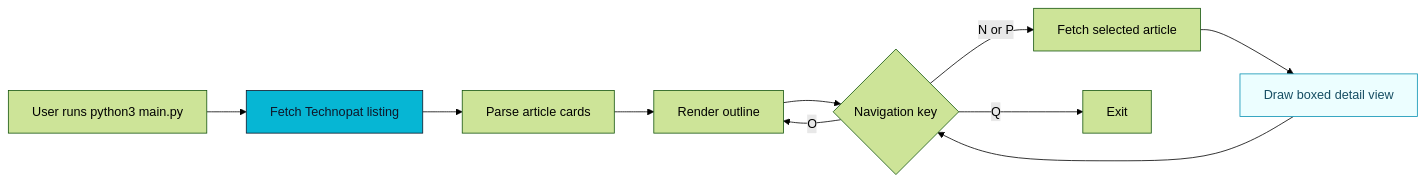
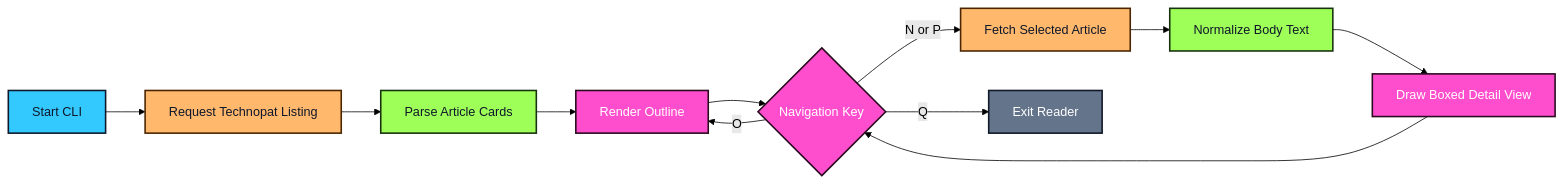
One commit to mertefekurt/TechnopatGrabber changed the diagram in README.md. Above: the diagram before and after it, drawn with Mermaid (forest theme). The commit also changed other lines of this file and 2 other files, not shown here.

````diff
--- a/README.md
+++ b/README.md
@@ -48,14 +44,23 @@
 ```mermaid
 flowchart LR
-    A[User runs python3 main.py] --> B[Fetch Technopat listing]
-    B --> C[Parse article cards]
-    C --> D[Render outline]
-    D --> E{Navigation key}
-    E -->|N or P| F[Fetch selected article]
+    A[Start CLI] --> B[Request Technopat Listing]
+    B --> C[Parse Article Cards]
+    C --> D[Render Outline]
+    D --> E{Navigation Key}
+    E -->|N or P| F[Fetch Selected Article]
     E -->|O| D
-    E -->|Q| G[Exit]
-    F --> H[Draw boxed detail view]
-    H --> E
-    style B fill:#06b6d4,stroke:#0f172a,color:#0f172a
-    style H fill:#ecfeff,stroke:#0891b2,color:#164e63
+    E -->|Q| G[Exit Reader]
+    F --> H[Normalize Body Text]
+    H --> I[Draw Boxed Detail View]
+    I --> E
+    classDef start fill:#33C9FF,stroke:#0F172A,color:#0F172A,stroke-width:2px
+    classDef network fill:#FFB86C,stroke:#4A2500,color:#0F172A,stroke-width:2px
+    classDef parser fill:#9DFF57,stroke:#17320E,color:#0F172A,stroke-width:2px
+    classDef ui fill:#FF4ECD,stroke:#2A0A1F,color:#FFFFFF,stroke-width:2px
+    classDef exit fill:#64748B,stroke:#111827,color:#FFFFFF,stroke-width:2px
+    class A start
+    class B,F network
+    class C,H parser
+    class D,E,I ui
+    class G exit
 ```
````
